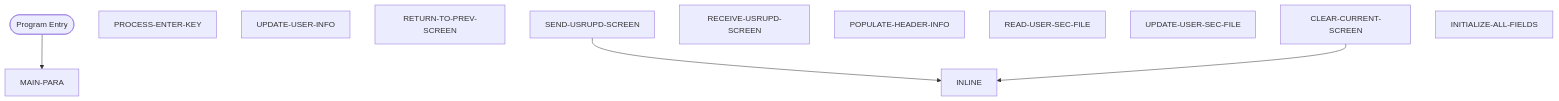
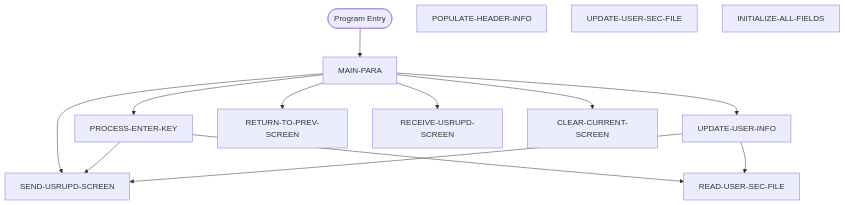
One commit to Arun973150/new_doc changed the second of 2 diagrams in Unisys_doc-main/doc_demo/docs/programs/COUSR02C.md. Above: the diagram before and after it, drawn with Mermaid. The commit also changed other lines of this file and 716 other files, not shown here.

````diff
--- a/Unisys_doc-main/doc_demo/docs/programs/COUSR02C.md
+++ b/Unisys_doc-main/doc_demo/docs/programs/COUSR02C.md
@@ -339,18 +339,26 @@
 ```mermaid
 flowchart TD
     START([Program Entry])
     MAIN_PARA["MAIN-PARA"]
     PROCESS_ENTER_KEY["PROCESS-ENTER-KEY"]
     UPDATE_USER_INFO["UPDATE-USER-INFO"]
     RETURN_TO_PREV_SCREEN["RETURN-TO-PREV-SCREEN"]
     SEND_USRUPD_SCREEN["SEND-USRUPD-SCREEN"]
     RECEIVE_USRUPD_SCREEN["RECEIVE-USRUPD-SCREEN"]
     POPULATE_HEADER_INFO["POPULATE-HEADER-INFO"]
     READ_USER_SEC_FILE["READ-USER-SEC-FILE"]
     UPDATE_USER_SEC_FILE["UPDATE-USER-SEC-FILE"]
     CLEAR_CURRENT_SCREEN["CLEAR-CURRENT-SCREEN"]
     INITIALIZE_ALL_FIELDS["INITIALIZE-ALL-FIELDS"]
     START --> MAIN_PARA
-    SEND_USRUPD_SCREEN --> INLINE
-    CLEAR_CURRENT_SCREEN --> INLINE
+    MAIN_PARA --> RETURN_TO_PREV_SCREEN
+    MAIN_PARA --> PROCESS_ENTER_KEY
+    MAIN_PARA --> SEND_USRUPD_SCREEN
+    MAIN_PARA --> RECEIVE_USRUPD_SCREEN
+    MAIN_PARA --> UPDATE_USER_INFO
+    MAIN_PARA --> CLEAR_CURRENT_SCREEN
+    PROCESS_ENTER_KEY --> SEND_USRUPD_SCREEN
+    PROCESS_ENTER_KEY --> READ_USER_SEC_FILE
+    UPDATE_USER_INFO --> SEND_USRUPD_SCREEN
+    UPDATE_USER_INFO --> READ_USER_SEC_FILE
 ```
````
